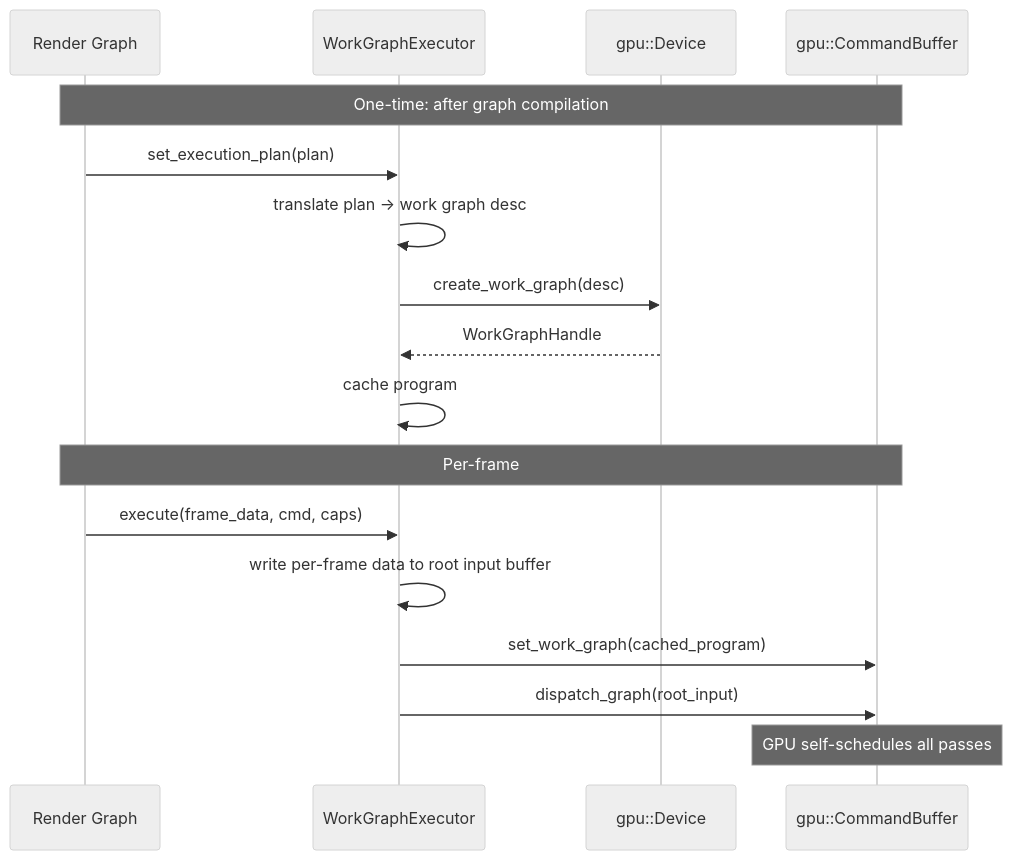
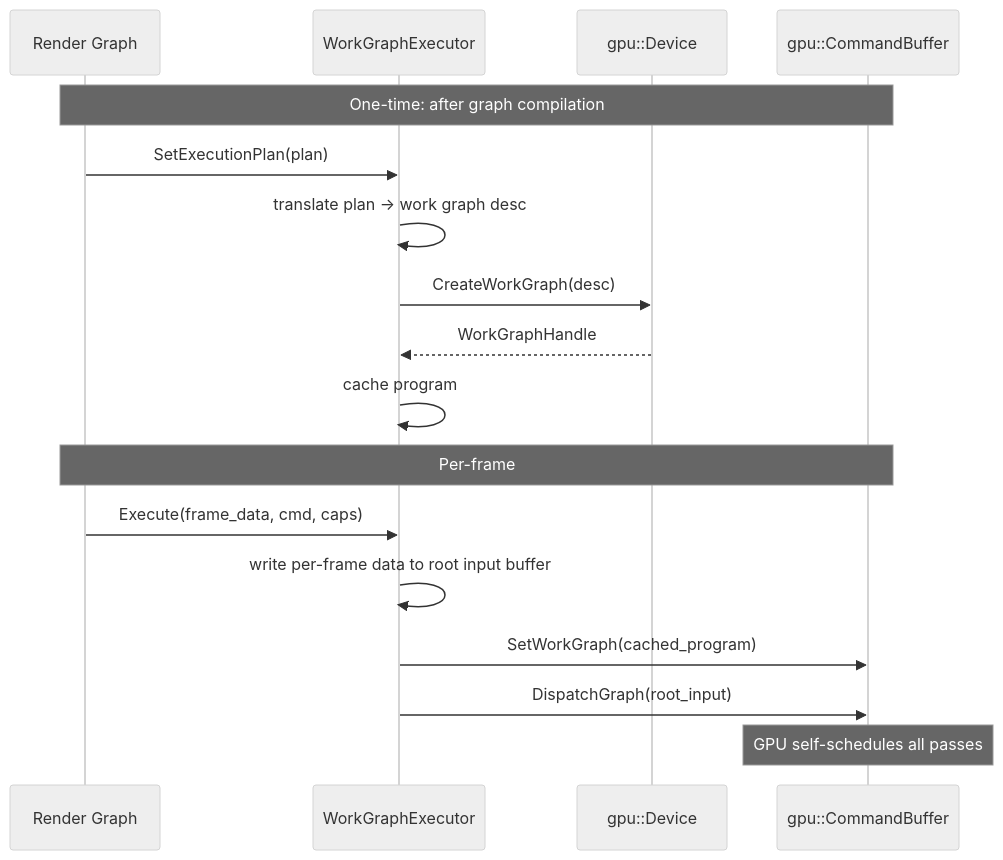
One commit to harmonius-dev/harmonius changed the seventh of 11 diagrams in docs/design/gpu-runtime-classes.md. Above: the diagram before and after it, drawn with Mermaid (neutral theme). The commit also changed other lines of this file and 67 other files, not shown here.

````diff
--- a/docs/design/gpu-runtime-classes.md
+++ b/docs/design/gpu-runtime-classes.md
@@ -489,21 +489,21 @@
 ```mermaid
 sequenceDiagram
     participant RG as Render Graph
     participant WGE as WorkGraphExecutor
     participant GPU as gpu::Device
     participant CB as gpu::CommandBuffer
 
     Note over RG,CB: One-time: after graph compilation
-    RG->>WGE: set_execution_plan(plan)
+    RG->>WGE: SetExecutionPlan(plan)
     WGE->>WGE: translate plan → work graph desc
-    WGE->>GPU: create_work_graph(desc)
+    WGE->>GPU: CreateWorkGraph(desc)
     GPU-->>WGE: WorkGraphHandle
     WGE->>WGE: cache program
 
     Note over RG,CB: Per-frame
-    RG->>WGE: execute(frame_data, cmd, caps)
+    RG->>WGE: Execute(frame_data, cmd, caps)
     WGE->>WGE: write per-frame data to root input buffer
-    WGE->>CB: set_work_graph(cached_program)
-    WGE->>CB: dispatch_graph(root_input)
+    WGE->>CB: SetWorkGraph(cached_program)
+    WGE->>CB: DispatchGraph(root_input)
     Note over CB: GPU self-schedules all passes
 ```
````
